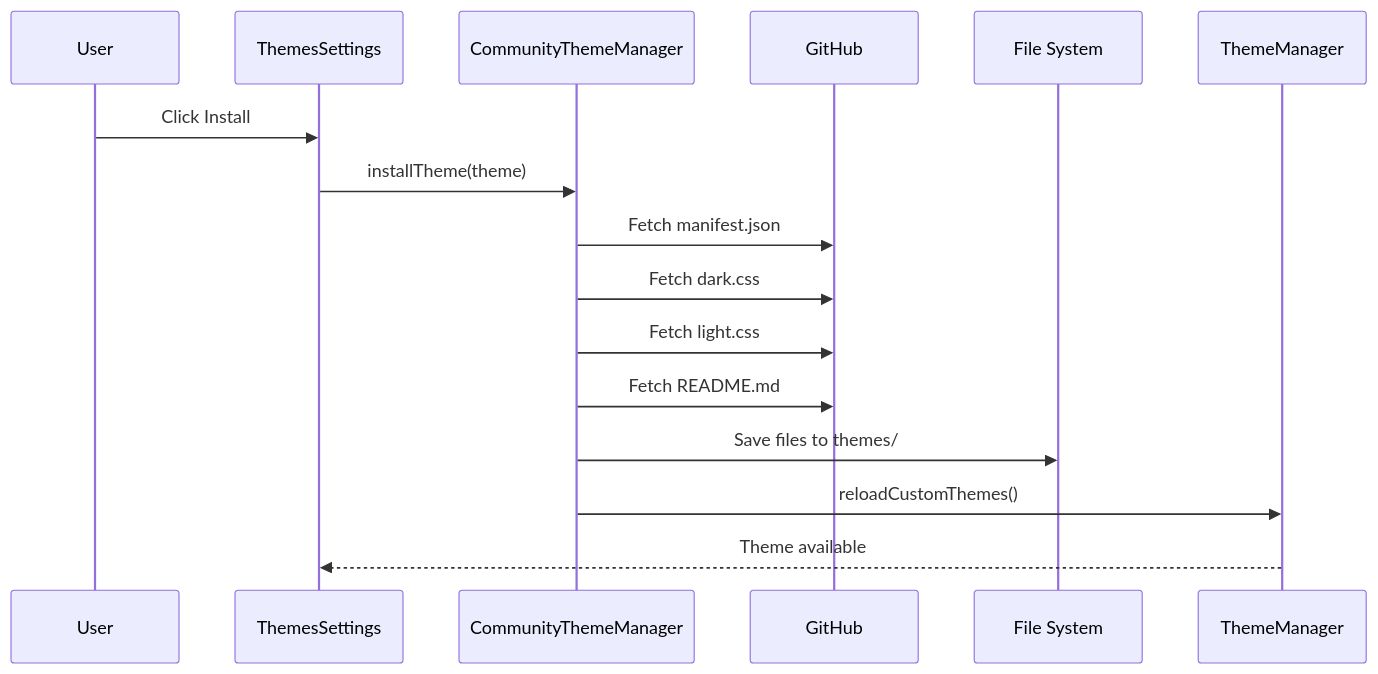
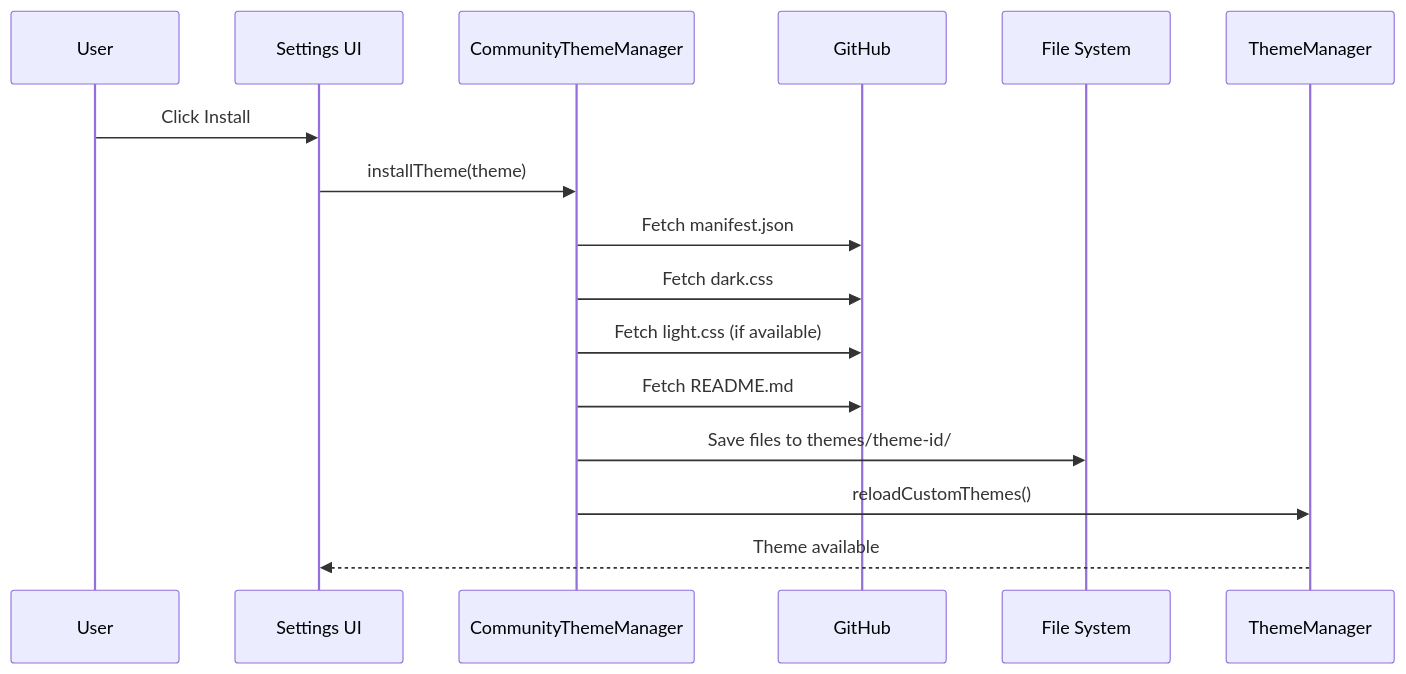
Before and after one commit to inkdown/inkdown: the second of 2 diagrams in docs/architecture/theme-system.md, drawn with Mermaid. The commit also changed other lines of this file and 22 other files, not shown here.

````diff
--- a/docs/architecture/theme-system.md
+++ b/docs/architecture/theme-system.md
@@ -92,19 +121,19 @@
 ```mermaid
 sequenceDiagram
     participant User
-    participant UI as ThemesSettings
+    participant UI as Settings UI
     participant CTM as CommunityThemeManager
     participant GitHub
     participant FS as File System
     participant TM as ThemeManager
 
     User->>UI: Click Install
     UI->>CTM: installTheme(theme)
     CTM->>GitHub: Fetch manifest.json
     CTM->>GitHub: Fetch dark.css
-    CTM->>GitHub: Fetch light.css
+    CTM->>GitHub: Fetch light.css (if available)
     CTM->>GitHub: Fetch README.md
-    CTM->>FS: Save files to themes/
+    CTM->>FS: Save files to themes/theme-id/
     CTM->>TM: reloadCustomThemes()
     TM-->>UI: Theme available
 ```
````
